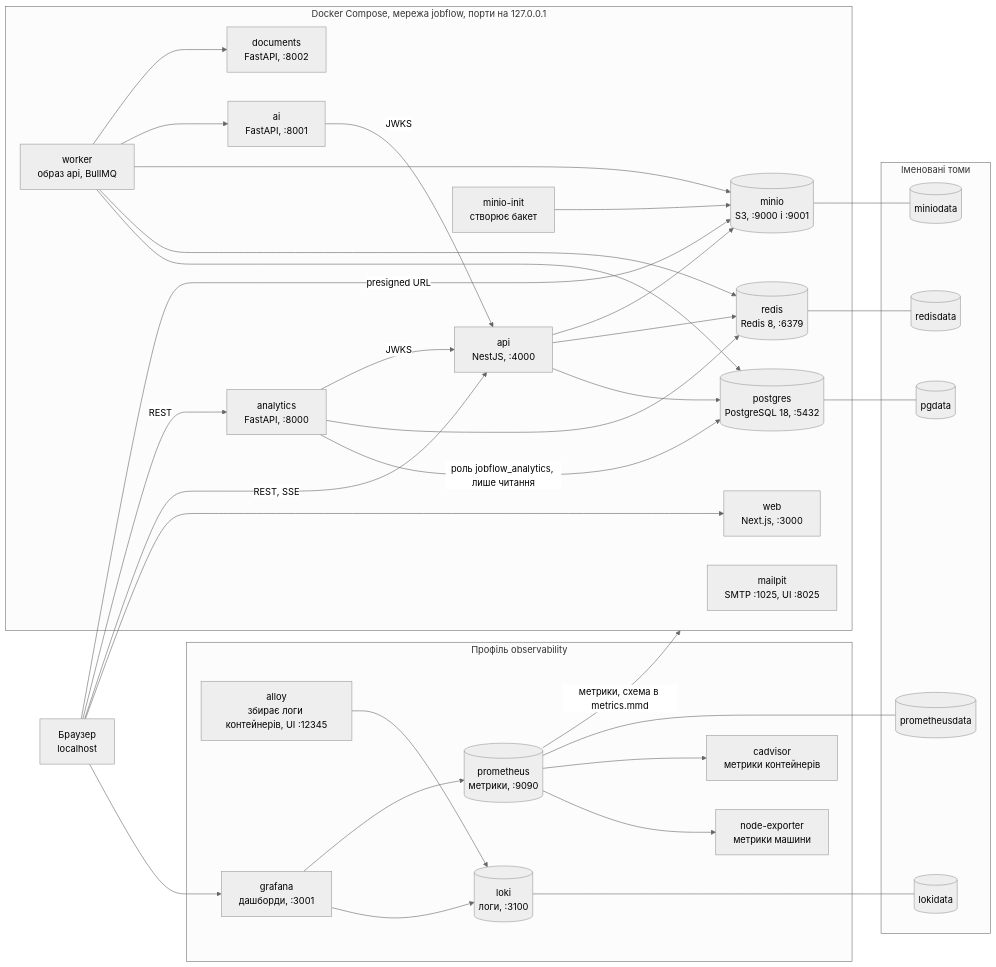
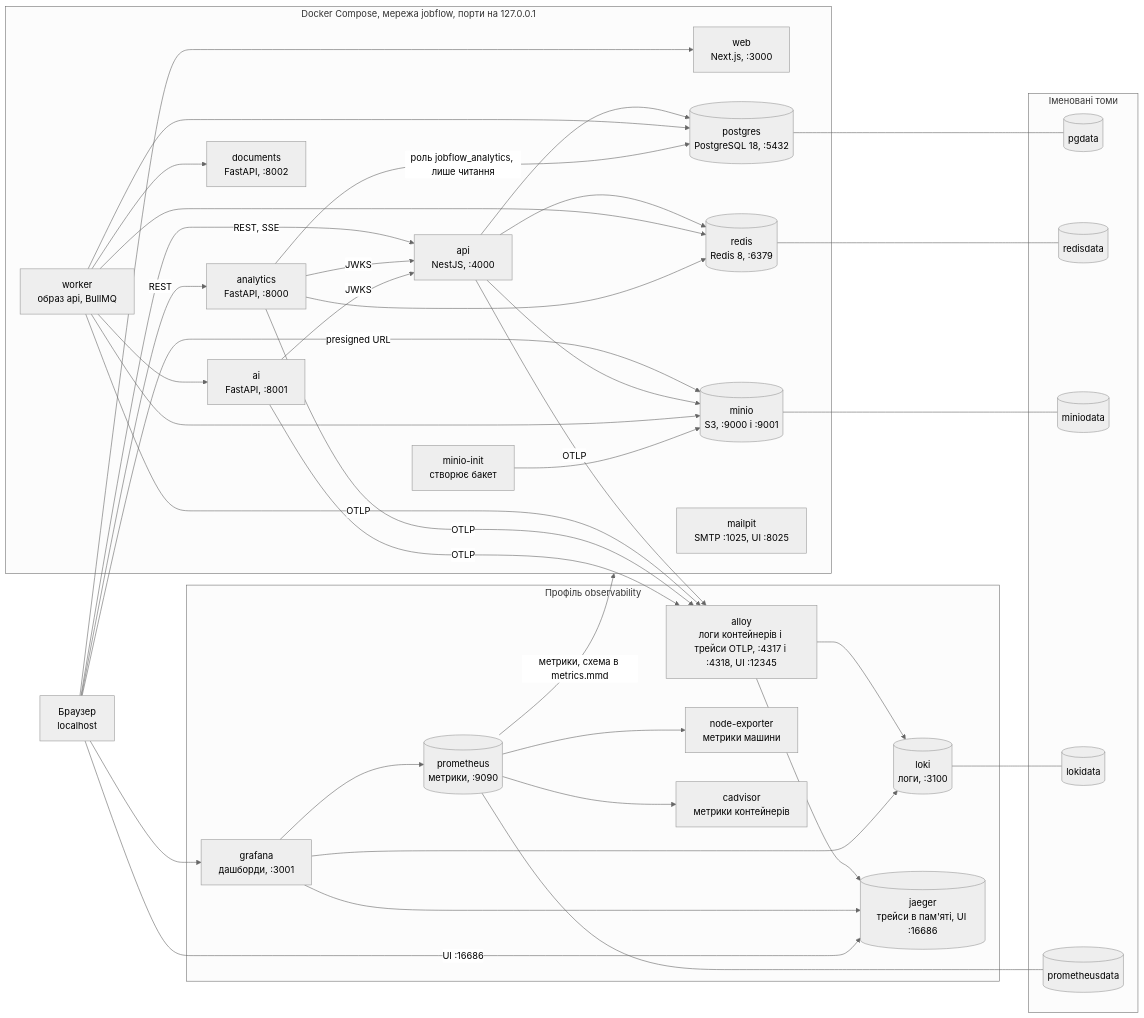
The diagram in docs/diagrams/deployment.mmd (Srh-Yakovenko-ua/jobflow-tracker), drawn with Mermaid (neutral theme) before and after one commit. The commit also changed 85 other files, not shown here.

```diff
--- a/docs/diagrams/deployment.mmd
+++ b/docs/diagrams/deployment.mmd
@@ -1,63 +1,71 @@
 flowchart LR
   browser["Браузер<br/>localhost"]
 
   subgraph compose["Docker Compose, мережа jobflow, порти на 127.0.0.1"]
     web["web<br/>Next.js, :3000"]
     api["api<br/>NestJS, :4000"]
     worker["worker<br/>образ api, BullMQ"]
     analytics["analytics<br/>FastAPI, :8000"]
     ai["ai<br/>FastAPI, :8001"]
     documents["documents<br/>FastAPI, :8002"]
     postgres[("postgres<br/>PostgreSQL 18, :5432")]
     redis[("redis<br/>Redis 8, :6379")]
     minio[("minio<br/>S3, :9000 і :9001")]
     minio_init["minio-init<br/>створює бакет"]
     mailpit["mailpit<br/>SMTP :1025, UI :8025"]
   end
 
   subgraph observability["Профіль observability"]
     loki[("loki<br/>логи, :3100")]
-    alloy["alloy<br/>збирає логи контейнерів, UI :12345"]
+    alloy["alloy<br/>логи контейнерів і трейси OTLP, :4317 і :4318, UI :12345"]
+    jaeger[("jaeger<br/>трейси в пам'яті, UI :16686")]
     prometheus[("prometheus<br/>метрики, :9090")]
     node_exporter["node-exporter<br/>метрики машини"]
     cadvisor["cadvisor<br/>метрики контейнерів"]
     grafana["grafana<br/>дашборди, :3001"]
   end
 
   subgraph volumes["Іменовані томи"]
     pgdata[("pgdata")]
     redisdata[("redisdata")]
     miniodata[("miniodata")]
     lokidata[("lokidata")]
     prometheusdata[("prometheusdata")]
   end
 
   browser --> web
   browser -->|REST, SSE| api
   browser -->|REST| analytics
   browser -->|presigned URL| minio
   api --> postgres
   api --> redis
   api --> minio
   worker --> postgres
   worker --> redis
   worker --> minio
   worker --> ai
   worker --> documents
   analytics -->|роль jobflow_analytics, лише читання| postgres
   analytics --> redis
   analytics -->|JWKS| api
   ai -->|JWKS| api
   minio_init --> minio
   postgres --- pgdata
   redis --- redisdata
   minio --- miniodata
   alloy --> loki
+  api -->|OTLP| alloy
+  worker -->|OTLP| alloy
+  analytics -->|OTLP| alloy
+  ai -->|OTLP| alloy
+  alloy --> jaeger
+  grafana --> jaeger
+  browser -->|"UI :16686"| jaeger
   prometheus -->|"метрики, схема в metrics.mmd"| compose
   prometheus --> node_exporter
   prometheus --> cadvisor
   grafana --> loki
   grafana --> prometheus
   browser --> grafana
   loki --- lokidata
   prometheus --- prometheusdata
```
